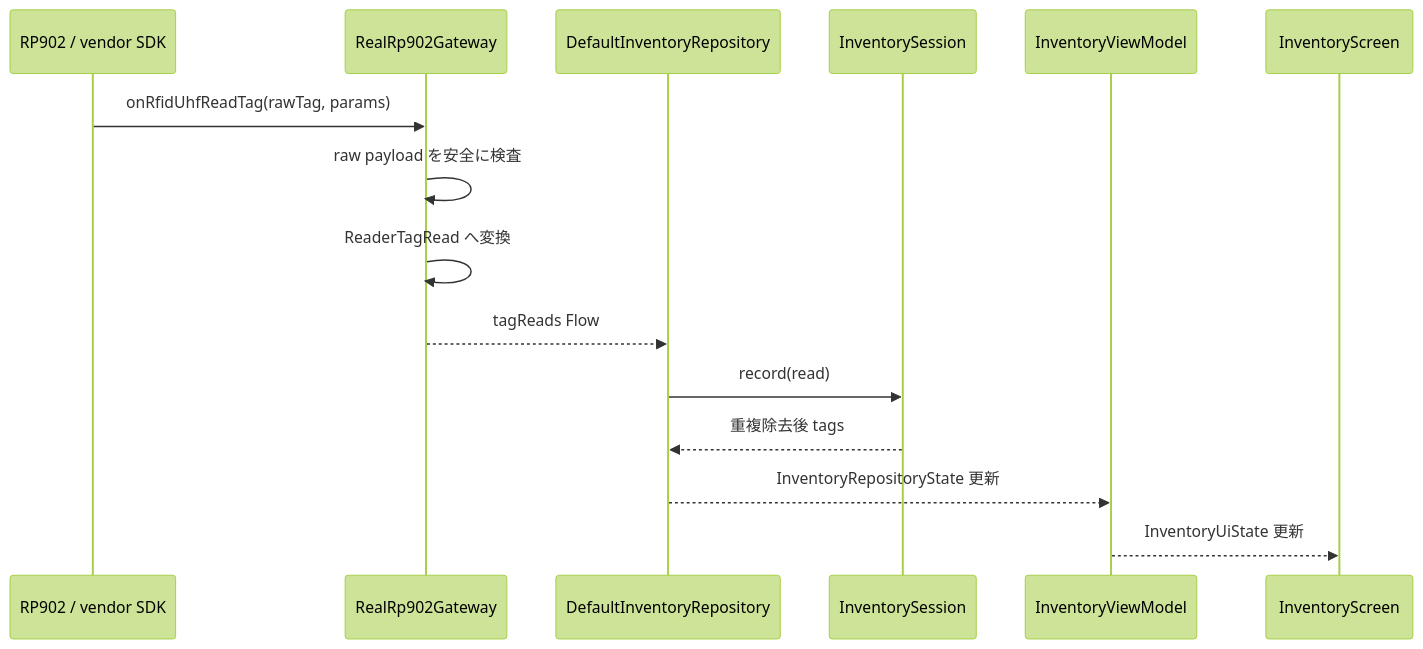
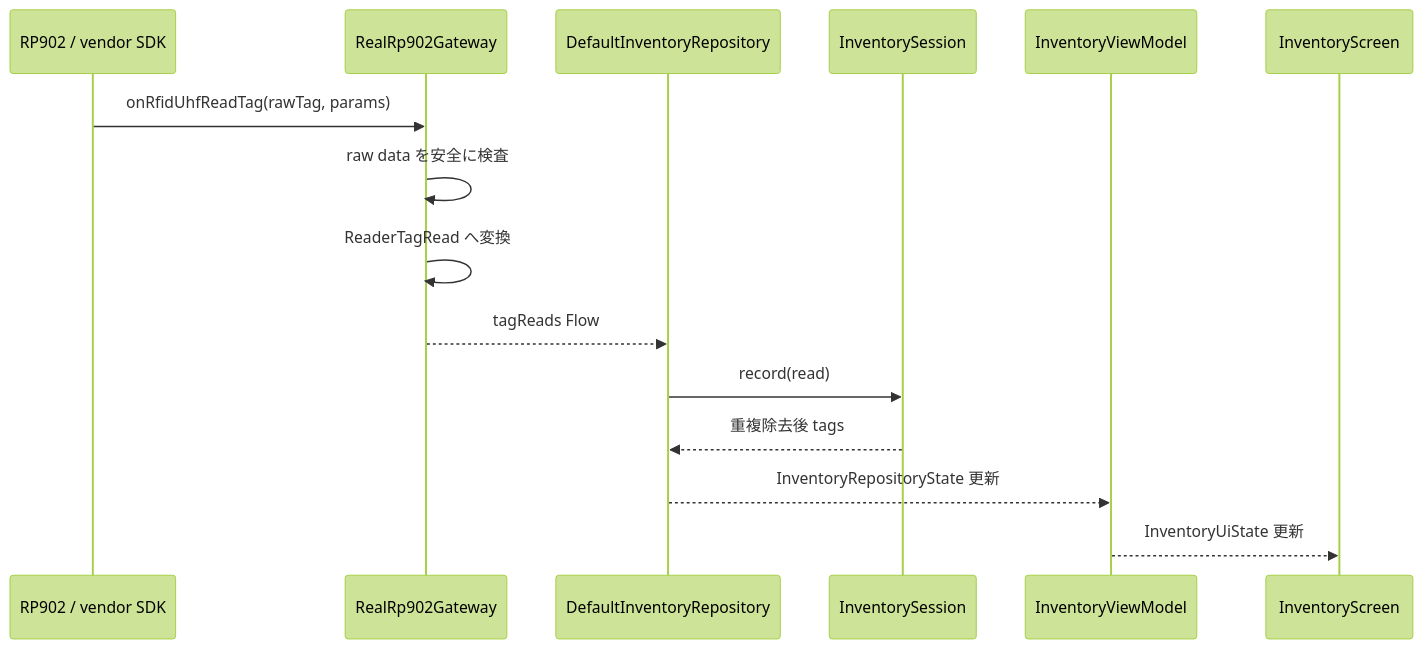
One commit to kuroronrobins/TraceLink changed the second of 3 diagrams in AndroidStudio/RP902App/docs/onboarding/03_処理フロー.md. Above: the diagram before and after it, drawn with Mermaid (forest theme). The commit also changed other lines of this file and 83 other files, not shown here.

````diff
--- a/AndroidStudio/RP902App/docs/onboarding/03_処理フロー.md
+++ b/AndroidStudio/RP902App/docs/onboarding/03_処理フロー.md
@@ -67,18 +30,18 @@
 ```mermaid
 sequenceDiagram
     participant RP902 as RP902 / vendor SDK
     participant Real as RealRp902Gateway
     participant Repo as DefaultInventoryRepository
     participant Session as InventorySession
     participant VM as InventoryViewModel
     participant UI as InventoryScreen
 
     RP902->>Real: onRfidUhfReadTag(rawTag, params)
-    Real->>Real: raw payload を安全に検査
+    Real->>Real: raw data を安全に検査
     Real->>Real: ReaderTagRead へ変換
     Real-->>Repo: tagReads Flow
     Repo->>Session: record(read)
     Session-->>Repo: 重複除去後 tags
     Repo-->>VM: InventoryRepositoryState 更新
     VM-->>UI: InventoryUiState 更新
 ```
````
